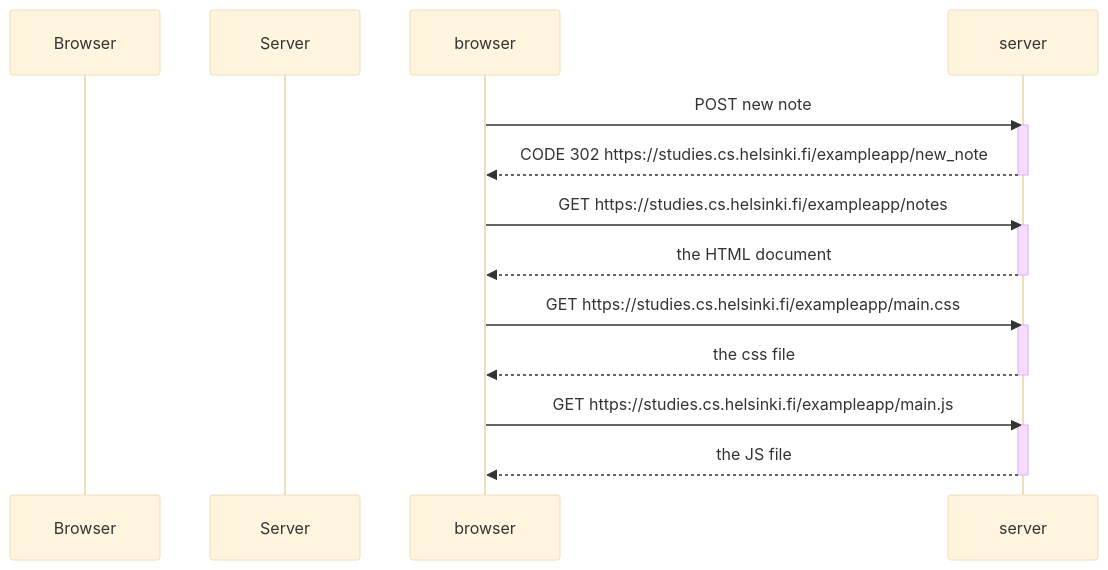
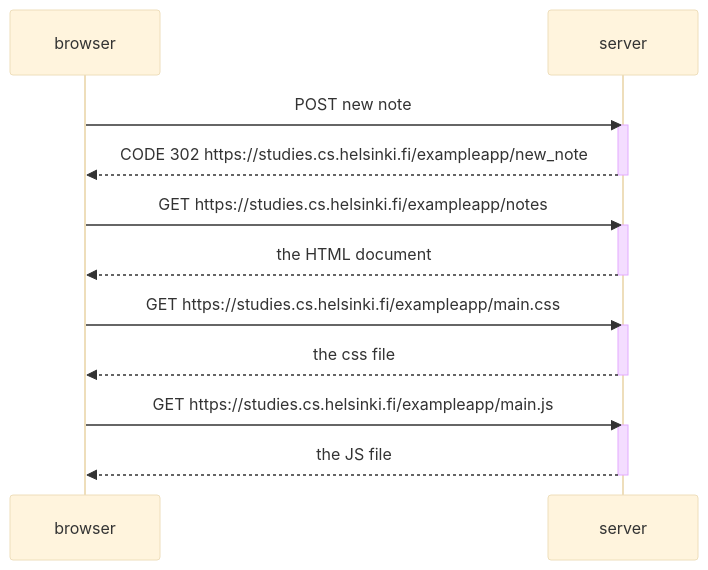
One commit to ricardosidavids/FullStackOpenSubmissions changed the diagram in part0/Exercise  0.4.md. Above: the diagram before and after it, drawn with Mermaid (base theme).

Commit message:
Update Exercise  0.4.md

`````diff
--- a/part0/Exercise  0.4.md
+++ b/part0/Exercise  0.4.md
@@ -1,27 +1,27 @@
 ````mermaid
 
 sequenceDiagram
-participant Browser
-participant Server
+participant browser
+participant server
 
 browser ->>server : POST new note
 activate server
 server -->>browser : CODE 302 https://studies.cs.helsinki.fi/exampleapp/new_note
 deactivate server
 
 browser ->> server: GET https://studies.cs.helsinki.fi/exampleapp/notes
 activate server
 server -->> browser: the HTML document
 deactivate server
 
 browser ->> server: GET https://studies.cs.helsinki.fi/exampleapp/main.css
 activate server
 server -->> browser: the css file
 deactivate server
 
 browser ->>server : GET https://studies.cs.helsinki.fi/exampleapp/main.js
 activate server
 server -->>browser : the JS file
 deactivate server
 
 ````
`````
